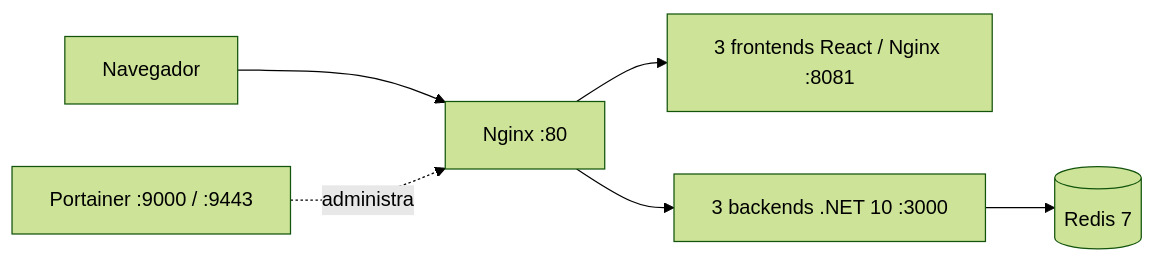
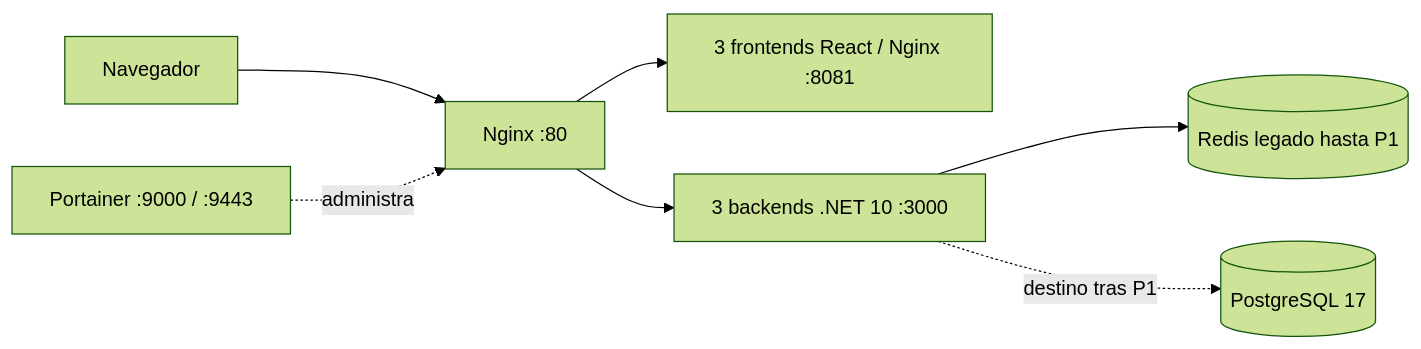
The diagram in docs/general/overview.md (maxivalenzano/dev-ops-clase-2), drawn with Mermaid (forest theme) before and after one commit. The commit also changed other lines of this file and 63 other files, not shown here.

Commit message:
feat: integrate PostgreSQL EF migrations and five-stage delivery

````diff
--- a/docs/general/overview.md
+++ b/docs/general/overview.md
@@ -5,8 +5,9 @@
 ```mermaid
 flowchart LR
     U[Navegador] --> N[Nginx :80]
     N --> F[3 frontends React / Nginx :8081]
     N --> B[3 backends .NET 10 :3000]
-    B --> R[(Redis 7)]
+    B --> R[(Redis legado hasta P1)]
+    B -. destino tras P1 .-> PG[(PostgreSQL 17)]
     P[Portainer :9000 / :9443] -. administra .-> N
 ```
````
